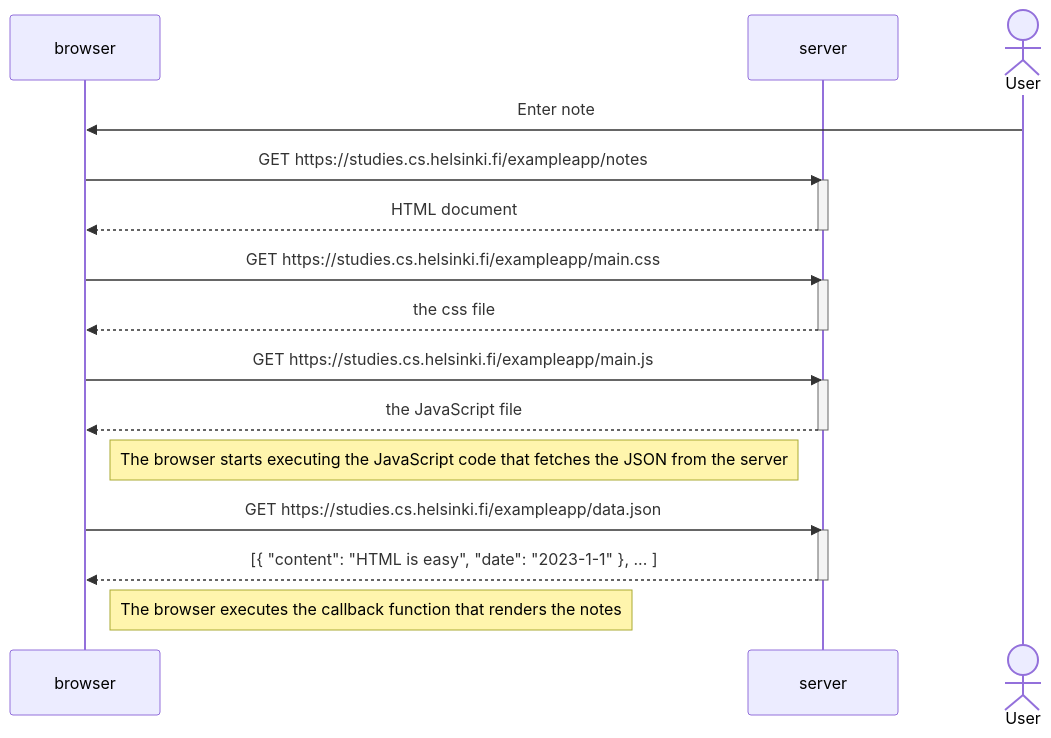
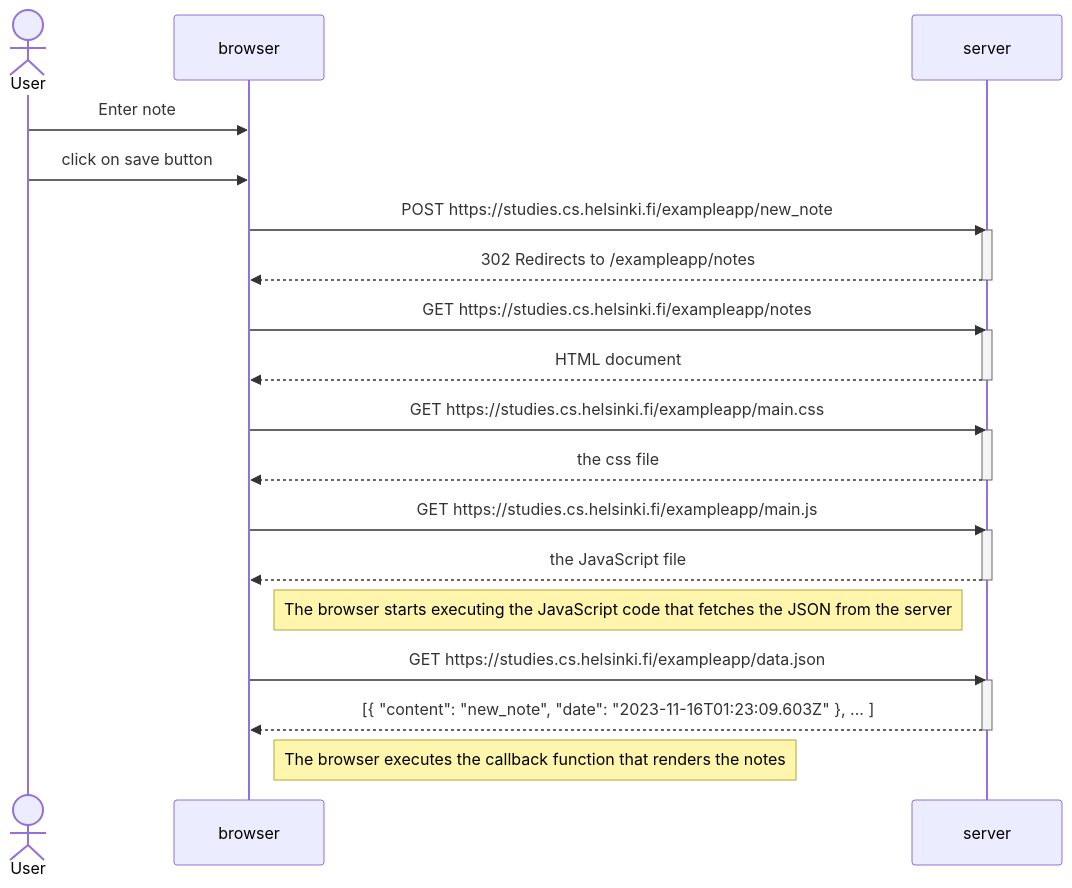
One commit to edercarmonaa/fullstack changed the diagram in part0/exercise04.md. Above: the diagram before and after it, drawn with Mermaid.

````diff
--- a/part0/exercise04.md
+++ b/part0/exercise04.md
@@ -3,34 +3,40 @@
 ```mermaid
 
 sequenceDiagram
+    actor User
     participant browser
     participant server
-    actor User
+    
     User ->>browser: Enter note
-     
+    User ->>browser: click on save button
     
+    browser->>server: POST https://studies.cs.helsinki.fi/exampleapp/new_note
+    activate server
+    server-->>browser: 302 Redirects to /exampleapp/notes
+    deactivate server
+
     browser->>server: GET https://studies.cs.helsinki.fi/exampleapp/notes
     activate server
     server-->>browser: HTML document
     deactivate server
 
     browser->>server: GET https://studies.cs.helsinki.fi/exampleapp/main.css
     activate server
     server-->>browser: the css file
     deactivate server
 
     browser->>server: GET https://studies.cs.helsinki.fi/exampleapp/main.js
     activate server
     server-->>browser: the JavaScript file
     deactivate server
 
     Note right of browser: The browser starts executing the JavaScript code that fetches the JSON from the server
 
     browser->>server: GET https://studies.cs.helsinki.fi/exampleapp/data.json
     activate server
-    server-->>browser: [{ "content": "HTML is easy", "date": "2023-1-1" }, ... ]
+    server-->>browser: [{ "content": "new_note", "date": "2023-11-16T01:23:09.603Z" }, ... ]
     deactivate server
 
     Note right of browser: The browser executes the callback function that renders the notes
   
 ```
````
